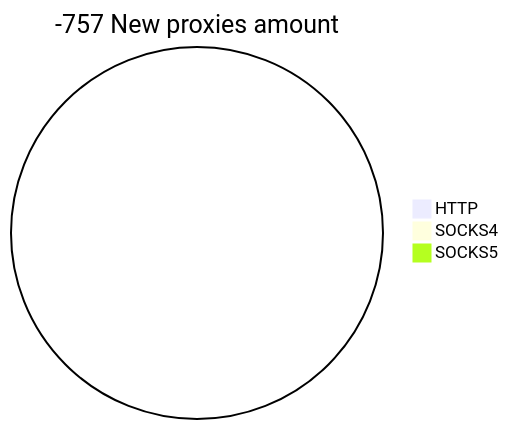
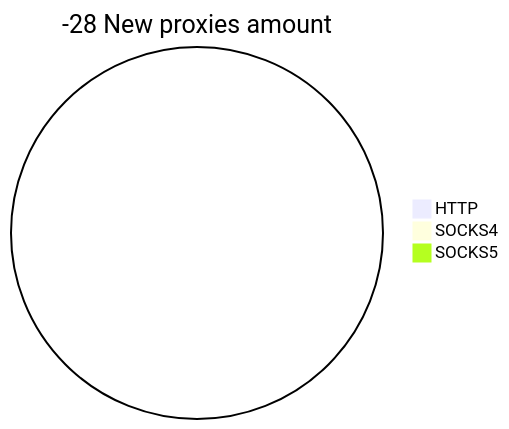
One commit to cutipu/proxylist changed the second of 2 diagrams in README.md. Above: the diagram before and after it, drawn with Mermaid. The commit also changed other lines of this file, not shown here.

````diff
--- a/README.md
+++ b/README.md
@@ -10,6 +10,6 @@
 ```mermaid
-pie title -757 New proxies amount
+pie title -28 New proxies amount
     "HTTP" : 0
     "SOCKS4" : 0
     "SOCKS5" : 0
 ```
````
